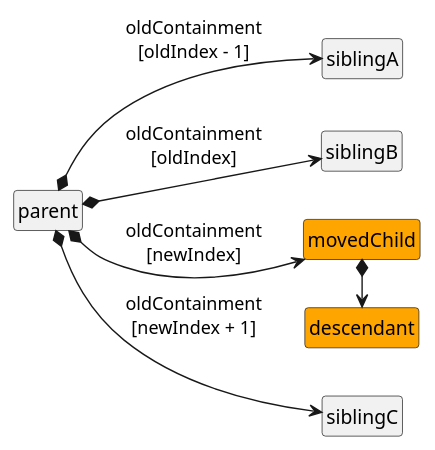
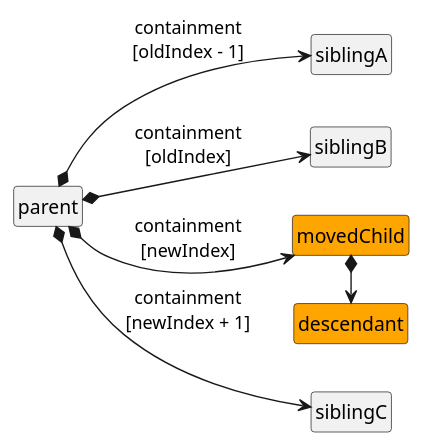
Before and after one commit to LionWeb-io/specification: diagram 31 of 36 in delta/delta-api.adoc, drawn with PlantUML. The commit also changed other lines of this file, not shown here.

Commit message:
fix oldContainment -> containment

```diff
--- a/delta/delta-api.adoc
+++ b/delta/delta-api.adoc
@@ -1038,25 +1038,25 @@
 [plantuml, moveChildInSameContainment-after, svg]
 ----
 hide empty members
 hide circles
 left to right direction
 
 class parent
 
 class siblingA
 class movedChild #Orange
 class siblingB
 class siblingC
 
 class descendant #Orange
 
-parent *--> siblingA: oldContainment\n[oldIndex - 1]
-parent *--> siblingB: oldContainment\n[oldIndex]
-parent *--> movedChild: oldContainment\n[newIndex]
-parent *--> siblingC: oldContainment\n[newIndex + 1]
+parent *--> siblingA: containment\n[oldIndex - 1]
+parent *--> siblingB: containment\n[oldIndex]
+parent *--> movedChild: containment\n[newIndex]
+parent *--> siblingC: containment\n[newIndex + 1]
 
 movedChild *-> descendant
 
 siblingA -[hidden]> siblingB
 siblingB -[hidden]> movedChild
 ----
```
